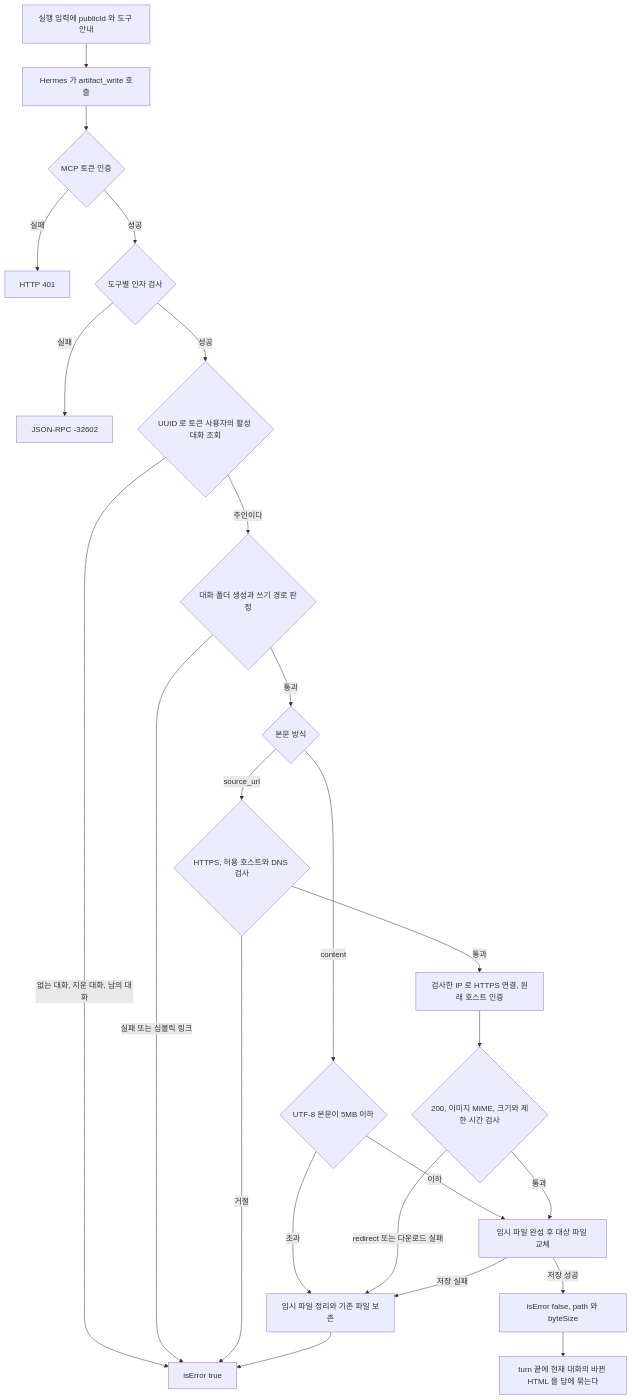
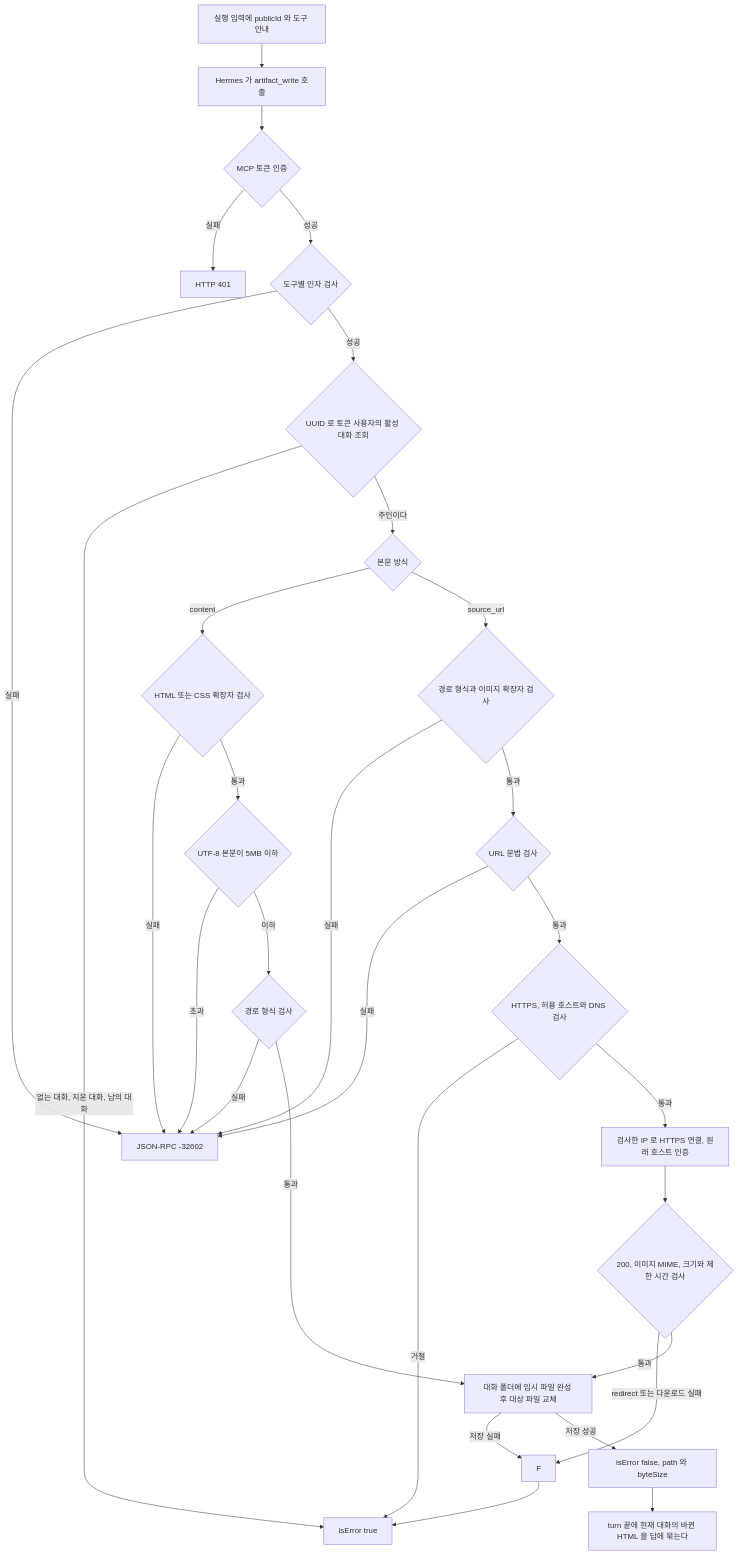
Before and after one commit to jon890/fos-assistant: diagram 13 of 17 in docs/flow.md, drawn with Mermaid. The commit also changed 3 other files, not shown here.

````diff
--- a/docs/flow.md
+++ b/docs/flow.md
@@ -830,26 +830,32 @@
 ```mermaid
 flowchart TD
     A[실행 입력에 publicId 와 도구 안내] --> B[Hermes 가 artifact_write 호출]
     B --> T{MCP 토큰 인증}
     T -->|실패| U[HTTP 401]
     T -->|성공| P{도구별 인자 검사}
     P -->|실패| I[JSON-RPC -32602]
     P -->|성공| C{UUID 로 토큰 사용자의 활성 대화 조회}
     C -->|없는 대화, 지운 대화, 남의 대화| R[isError true]
-    C -->|주인이다| D{대화 폴더 생성과 쓰기 경로 판정}
-    D -->|실패 또는 심볼릭 링크| R
-    D -->|통과| M{본문 방식}
-    M -->|content| S{UTF-8 본문이 5MB 이하}
-    S -->|초과| F[임시 파일 정리와 기존 파일 보존]
-    S -->|이하| W[임시 파일 완성 후 대상 파일 교체]
-    M -->|source_url| V{HTTPS, 허용 호스트와 DNS 검사}
+    C -->|주인이다| M{본문 방식}
+    M -->|content| X{HTML 또는 CSS 확장자 검사}
+    X -->|실패| I
+    X -->|통과| S{UTF-8 본문이 5MB 이하}
+    S -->|초과| I
+    S -->|이하| Y{경로 형식 검사}
+    Y -->|실패| I
+    Y -->|통과| W[대화 폴더에 임시 파일 완성 후 대상 파일 교체]
+    M -->|source_url| Z{경로 형식과 이미지 확장자 검사}
+    Z -->|실패| I
+    Z -->|통과| L{URL 문법 검사}
+    L -->|실패| I
+    L -->|통과| V{HTTPS, 허용 호스트와 DNS 검사}
     V -->|거절| R
     V -->|통과| H[검사한 IP 로 HTTPS 연결, 원래 호스트 인증]
     H --> Q{200, 이미지 MIME, 크기와 제한 시간 검사}
     Q -->|redirect 또는 다운로드 실패| F
     Q -->|통과| W
     W -->|저장 실패| F
     W -->|저장 성공| O[isError false, path 와 byteSize]
     F --> R
     O --> E[turn 끝에 현재 대화의 바뀐 HTML 을 답에 묶는다]
 ```
````
